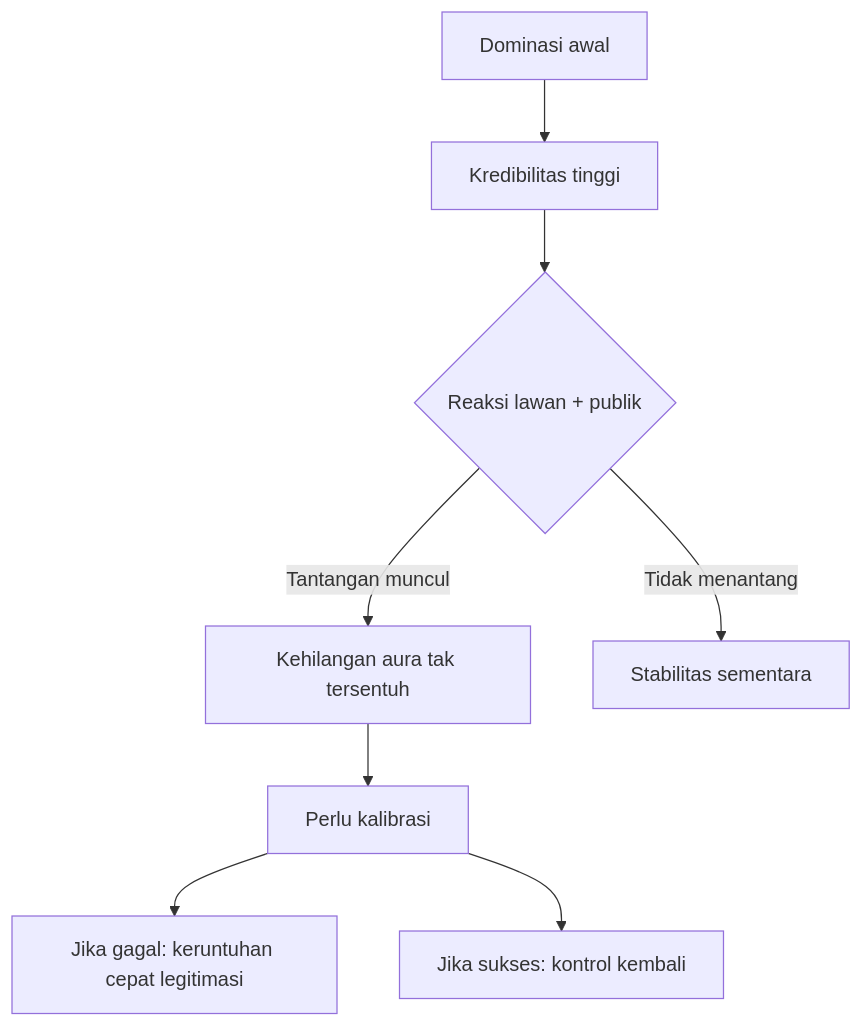
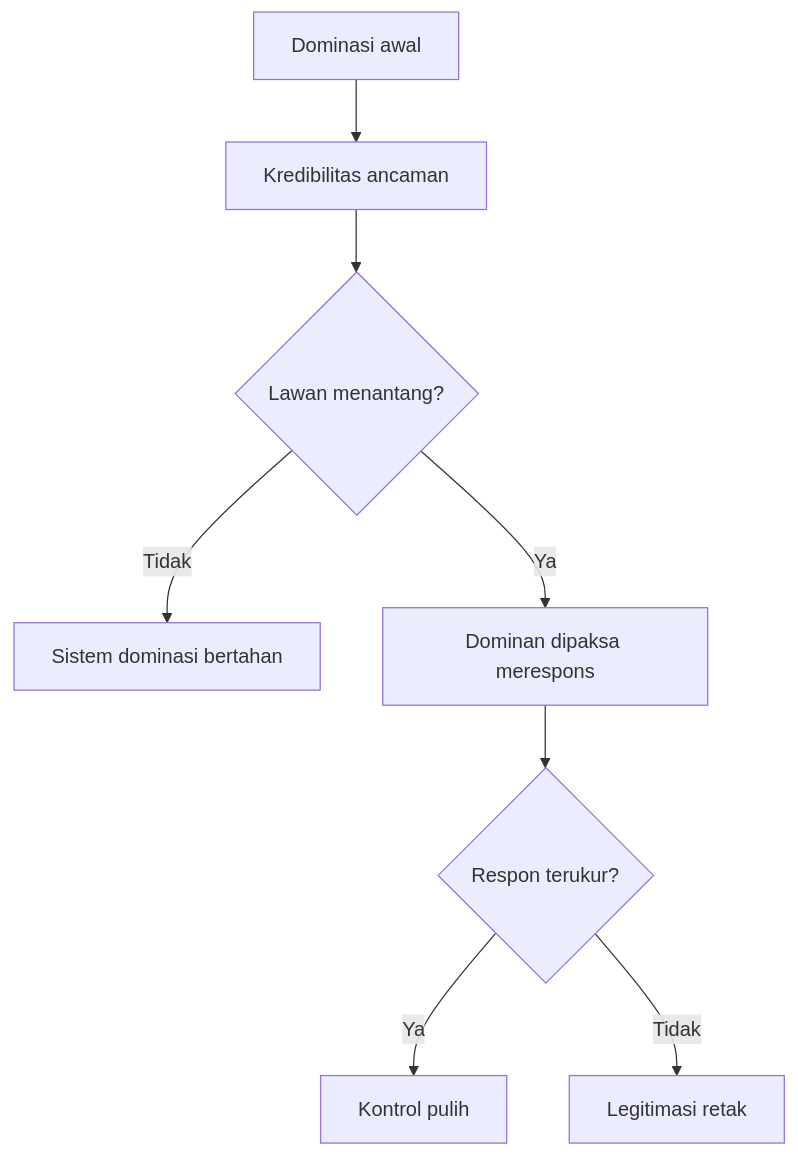
One commit to dwirx/BangunAI-Blog changed the third of 8 diagrams in src/content/articles/game-theory-law-of-escalation-us-iran-war-esok-sekarang-mengeja-eskalasi-strategi-geopolitik.mdx. Above: the diagram before and after it, drawn with Mermaid. The commit also changed other lines of this file, not shown here.

````diff
--- a/src/content/articles/game-theory-law-of-escalation-us-iran-war-esok-sekarang-mengeja-eskalasi-strategi-geopolitik.mdx
+++ b/src/content/articles/game-theory-law-of-escalation-us-iran-war-esok-sekarang-mengeja-eskalasi-strategi-geopolitik.mdx
@@ -123,10 +166,10 @@
 ```mermaid
 graph TD
-    P1[Dominasi awal] --> P2[Kredibilitas tinggi]
-    P2 --> P3{Reaksi lawan + publik}
-    P3 -->|Tantangan muncul| P4[Kehilangan aura tak tersentuh]
-    P3 -->|Tidak menantang| P5[Stabilitas sementara]
-    P4 --> P6[Perlu kalibrasi]
-    P6 --> P7[Jika gagal: keruntuhan cepat legitimasi]
-    P6 --> P8[Jika sukses: kontrol kembali]
+    P1[Dominasi awal] --> P2[Kredibilitas ancaman]
+    P2 --> P3{Lawan menantang?}
+    P3 -->|Tidak| P4[Sistem dominasi bertahan]
+    P3 -->|Ya| P5[Dominan dipaksa merespons]
+    P5 --> P6{Respon terukur?}
+    P6 -->|Ya| P7[Kontrol pulih]
+    P6 -->|Tidak| P8[Legitimasi retak]
 ```
````
